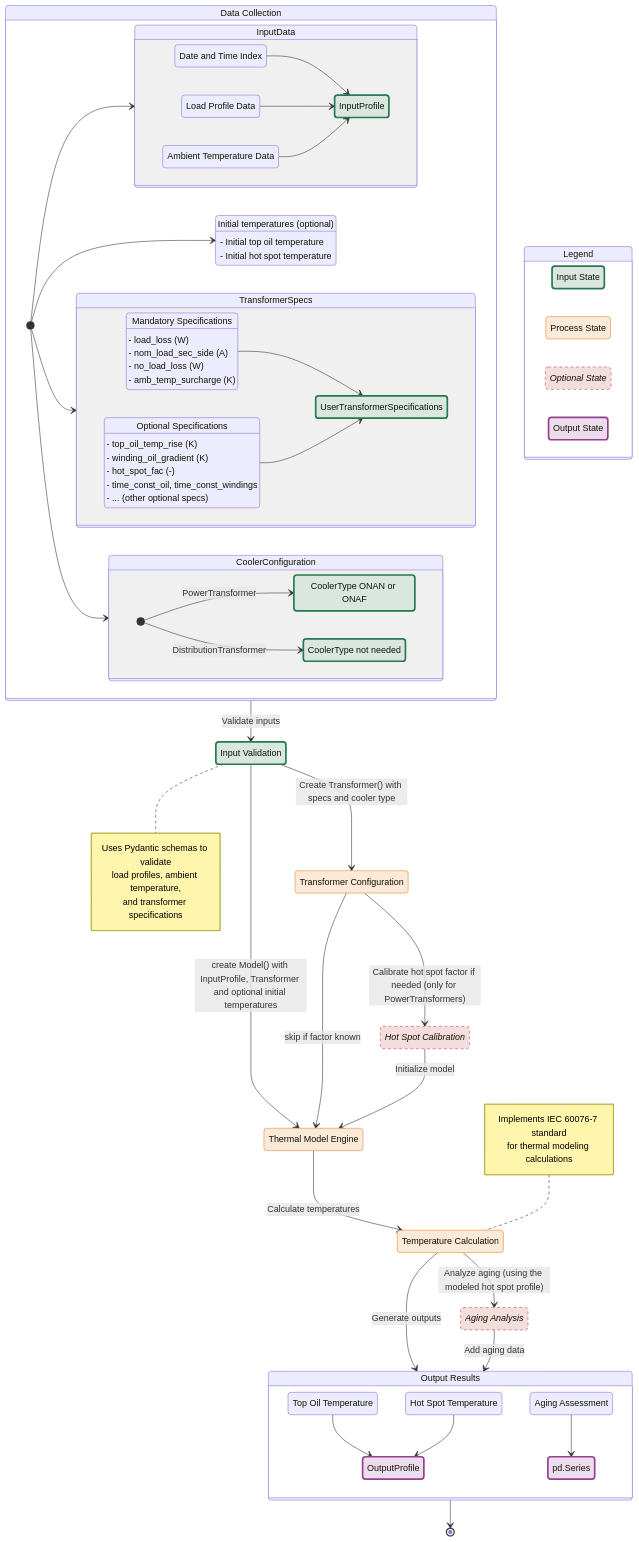
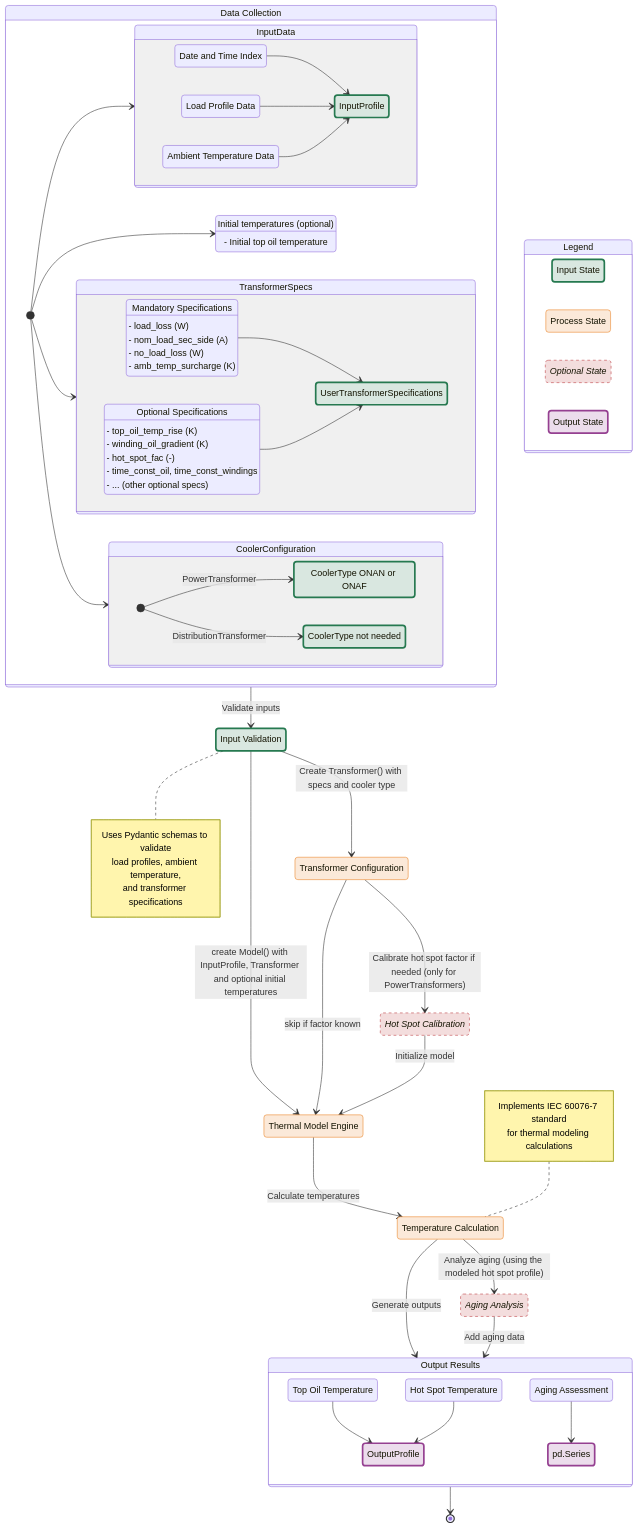
One commit to alliander-opensource/transformer-thermal-model changed the diagram in docs/api_reference/architecture.md. Above: the diagram before and after it, drawn with Mermaid.

Commit message:
fix: remove depricated initial hotspot in docs

```diff
--- a/docs/api_reference/architecture.md
+++ b/docs/api_reference/architecture.md
@@ -47,7 +47,6 @@
         }
         InitialTemperatures: Initial temperatures (optional)
         InitialTemperatures:  - Initial top oil temperature
-        InitialTemperatures:  - Initial hot spot temperature
 
         state CoolerConfiguration {
             direction LR
```
